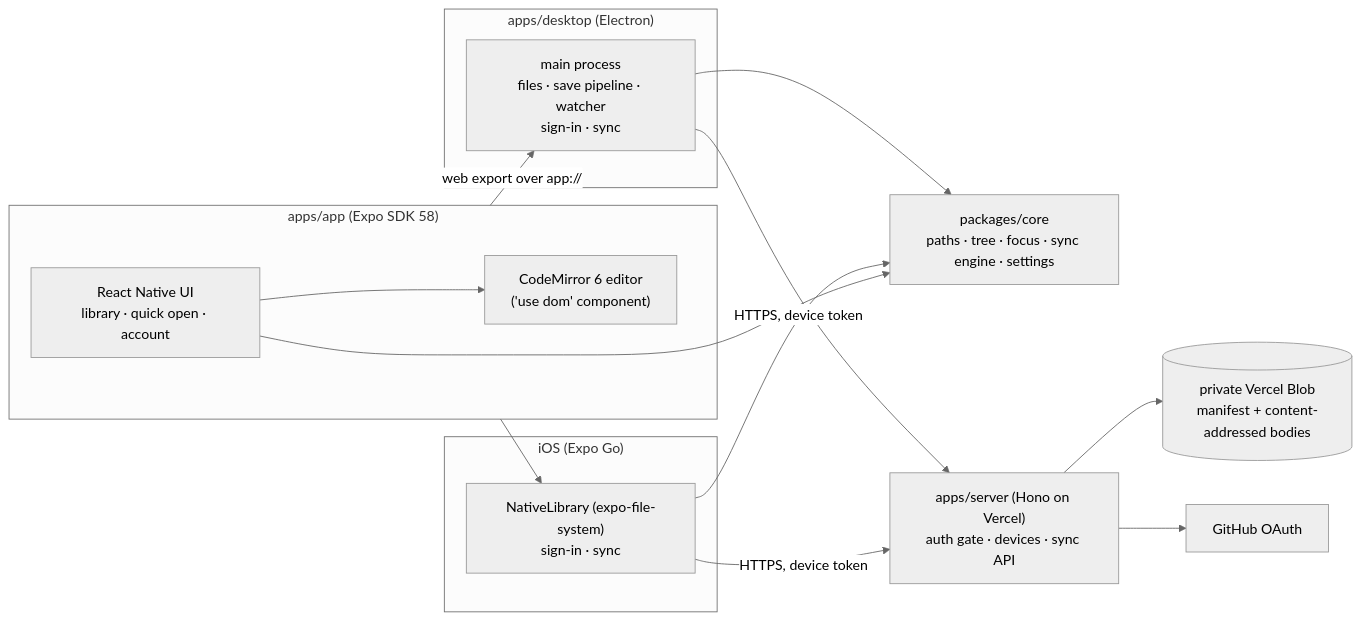
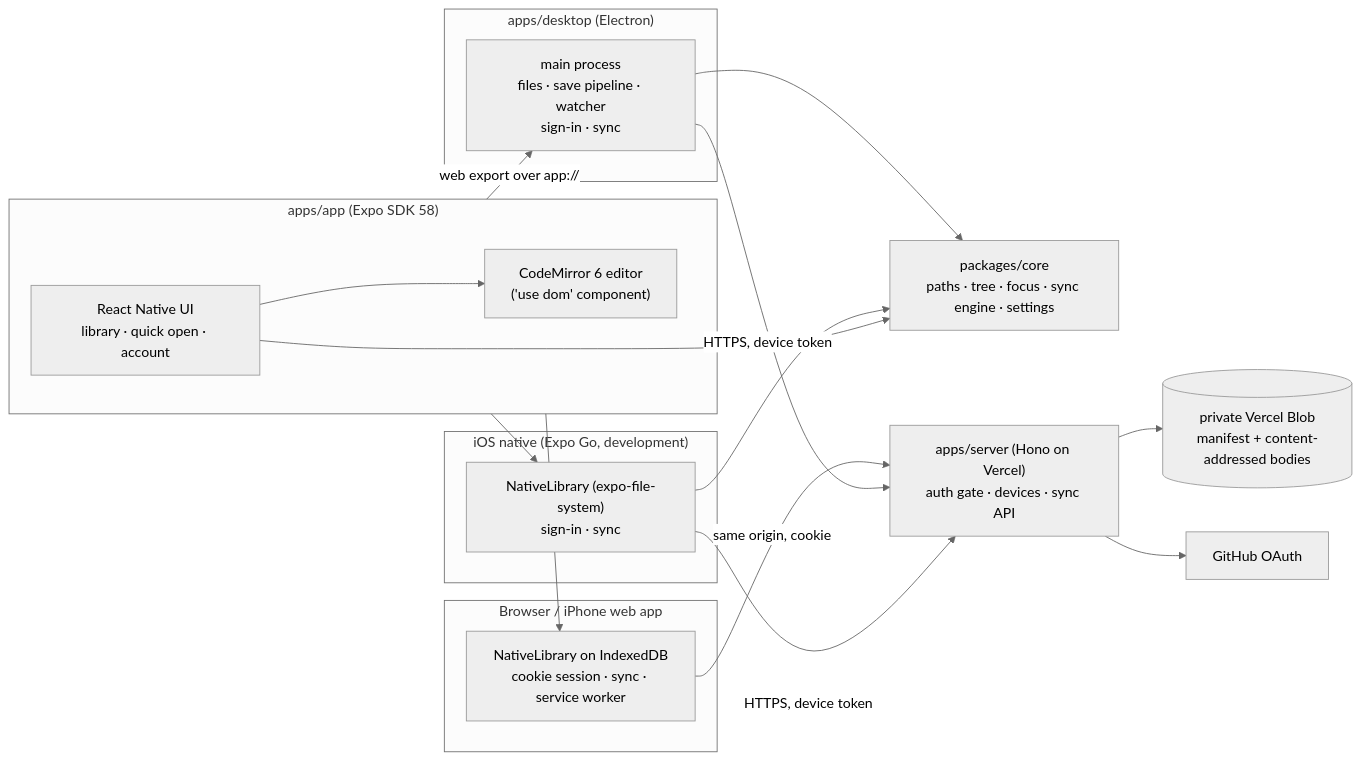
The diagram in README.md (lyonsv/writing), drawn with Mermaid (neutral theme) before and after one commit. The commit also changed other lines of this file and 6 other files, not shown here.

Commit message:
docs: ADR 0020 (hosted web app), ADR 0014 amendment, Install on iPhone guide, ROADMAP M8 progress, AGENTS and README for the web app

````diff
--- a/README.md
+++ b/README.md
@@ -85,28 +86,33 @@
 ```mermaid
 flowchart LR
   subgraph app["apps/app (Expo SDK 58)"]
     UI["React Native UI\nlibrary · quick open · account"]
     ED["CodeMirror 6 editor\n('use dom' component)"]
   end
   subgraph desktop["apps/desktop (Electron)"]
     MAIN["main process\nfiles · save pipeline · watcher\nsign-in · sync"]
   end
-  subgraph ios["iOS (Expo Go)"]
+  subgraph web["Browser / iPhone web app"]
+    IDB["NativeLibrary on IndexedDB\ncookie session · sync · service worker"]
+  end
+  subgraph ios["iOS native (Expo Go, development)"]
     NAT["NativeLibrary (expo-file-system)\nsign-in · sync"]
   end
   CORE["packages/core\npaths · tree · focus · sync engine · settings"]
   SRV["apps/server (Hono on Vercel)\nauth gate · devices · sync API"]
   BLOB[("private Vercel Blob\nmanifest + content-addressed bodies")]
   GH["GitHub OAuth"]
 
   UI --> ED
   app -- "web export over app://" --> MAIN
   app --> NAT
+  app --> IDB
+  IDB -- "same origin, cookie" --> SRV
   MAIN --> CORE
   NAT --> CORE
   UI --> CORE
   MAIN -- "HTTPS, device token" --> SRV
   NAT -- "HTTPS, device token" --> SRV
   SRV --> BLOB
   SRV --> GH
 ```
````
